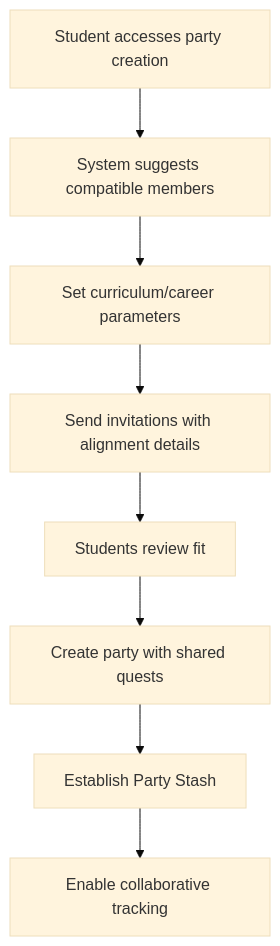
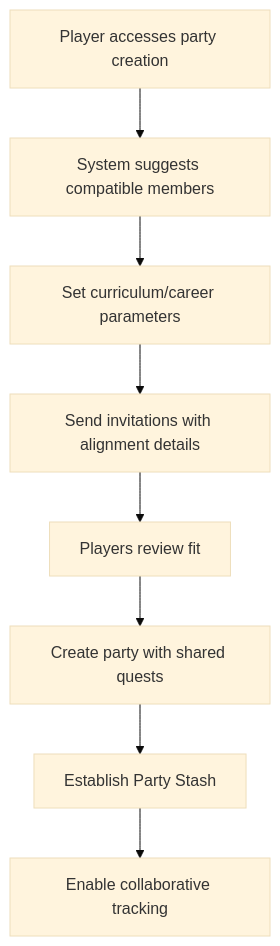
Before and after one commit to FA25SE050-RogueLearn/RogueLearn.BMAD.Documentation: the fifth of 15 diagrams in docs/detailed-use-cases.md, drawn with Mermaid (base theme). The commit also changed other lines of this file, not shown here.

First line of the commit message:
docs: update terminology from "student" to "player" in use cases

````diff
--- a/docs/detailed-use-cases.md
+++ b/docs/detailed-use-cases.md
@@ -141,10 +141,10 @@
 ```mermaid
 flowchart TD
-    A[Student accesses party creation] --> B[System suggests compatible members]
+    A[Player accesses party creation] --> B[System suggests compatible members]
     B --> C[Set curriculum/career parameters]
     C --> D[Send invitations with alignment details]
-    D --> E[Students review fit]
+    D --> E[Players review fit]
     E --> F[Create party with shared quests]
     F --> G[Establish Party Stash]
     G --> H[Enable collaborative tracking]
 ```
````
